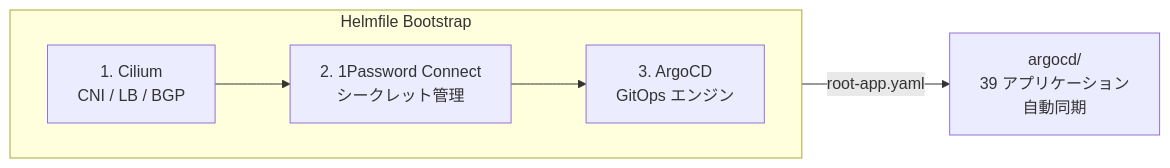
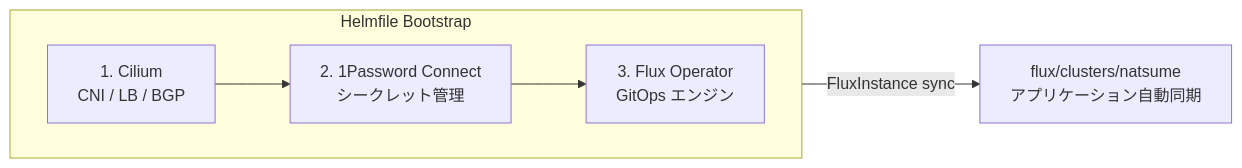
Before and after one commit to Soli0222/pke: the first of 2 diagrams in helmfile/README.md, drawn with Mermaid. The commit also changed other lines of this file and 272 other files, not shown here.

````diff
--- a/helmfile/README.md
+++ b/helmfile/README.md
@@ -7,10 +7,10 @@
 ```mermaid
 flowchart LR
     subgraph "Helmfile Bootstrap"
         direction LR
         C["1. Cilium<br/>CNI / LB / BGP"] --> OP["2. 1Password Connect<br/>シークレット管理"]
-        OP --> A["3. ArgoCD<br/>GitOps エンジン"]
+        OP --> F["3. Flux Operator<br/>GitOps エンジン"]
     end
 
-    A -->|"root-app.yaml"| APPS["argocd/<br/>39 アプリケーション<br/>自動同期"]
+    F -->|"FluxInstance sync"| APPS["flux/clusters/natsume<br/>アプリケーション自動同期"]
 ```
````
